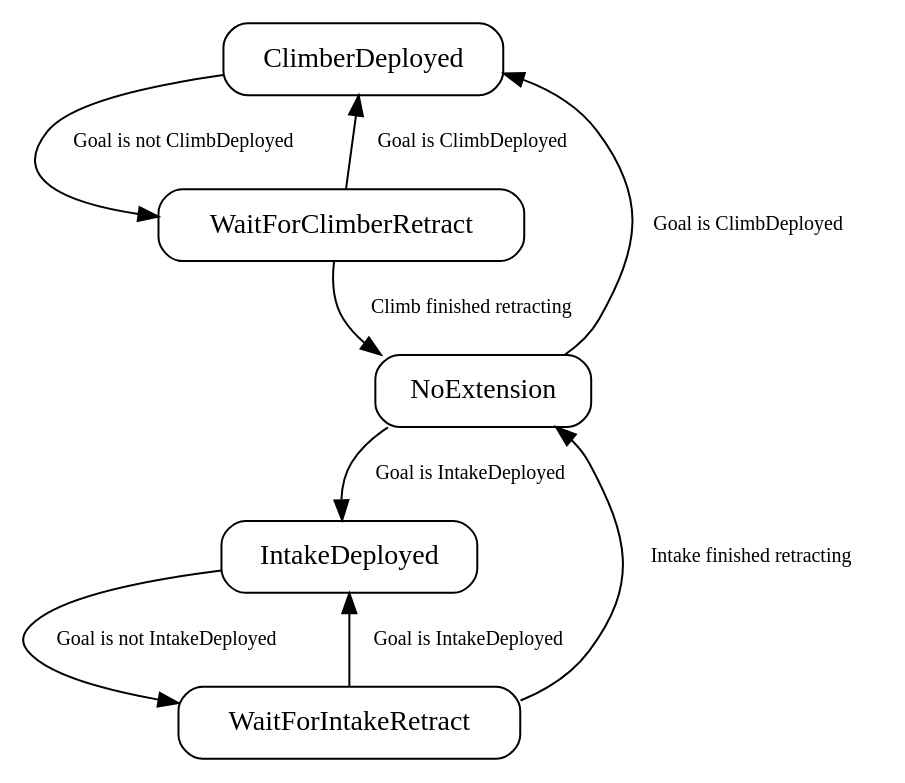
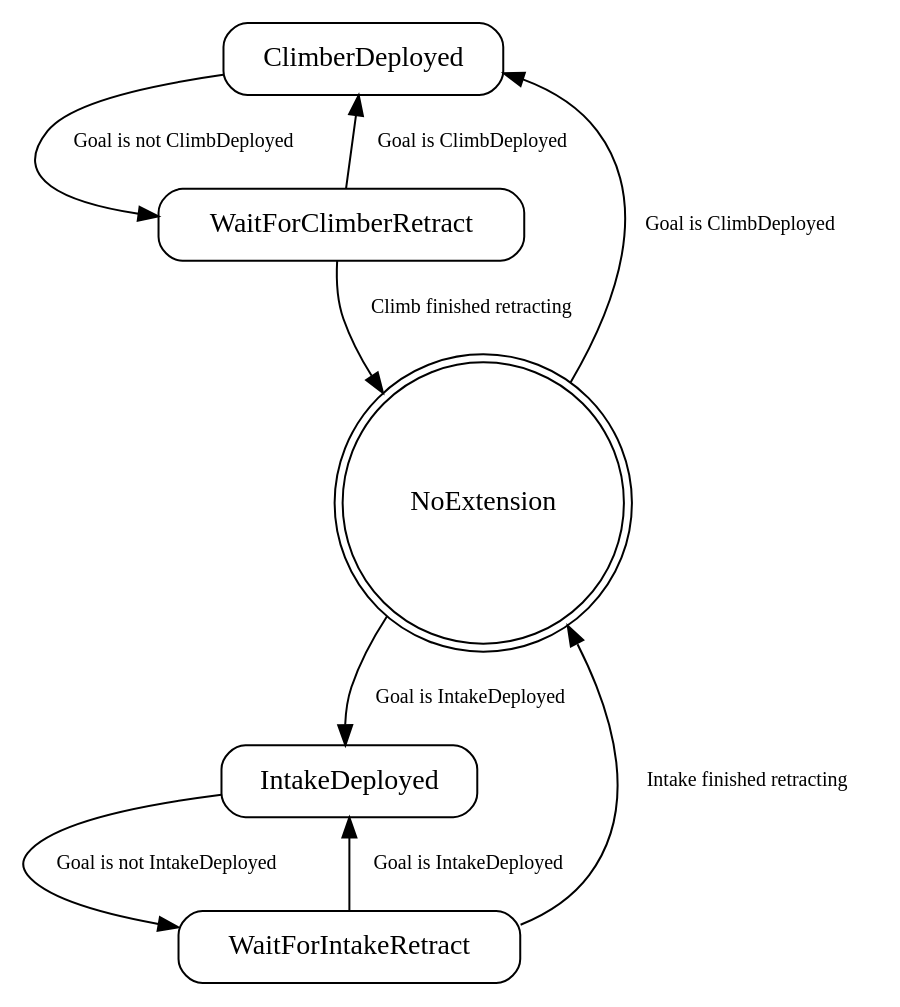
Before and after one commit to team401/2026-Robot-Code: the diagram in state_machine_graphs/coordination.dot, drawn with Graphviz. The commit also changed 6 other files, not shown here.

Commit message:
(#80) regenerate state machine graphs

```diff
--- a/state_machine_graphs/coordination.dot
+++ b/state_machine_graphs/coordination.dot
@@ -1,38 +1,38 @@
 digraph {
 
   // Graphviz Format settings
 
   node [
     shape=box,
     style=rounded
   ];
 
   edge [
     fontsize=10
   ];
 
 
   // States
 
   ClimberDeployed ;
   WaitForClimberRetract ;
-  NoExtension ;
+  NoExtension [shape=doublecircle];
   IntakeDeployed ;
   WaitForIntakeRetract ;
 
   // Transitions
 
   ClimberDeployed -> WaitForClimberRetract [label="Goal is not ClimbDeployed"];
 
   WaitForClimberRetract -> NoExtension [label="Climb finished retracting"];
   WaitForClimberRetract -> ClimberDeployed [label="Goal is ClimbDeployed"];
 
   NoExtension -> IntakeDeployed [label="Goal is IntakeDeployed"];
   NoExtension -> ClimberDeployed [label="Goal is ClimbDeployed"];
 
   IntakeDeployed -> WaitForIntakeRetract [label="Goal is not IntakeDeployed"];
 
   WaitForIntakeRetract -> NoExtension [label="Intake finished retracting"];
   WaitForIntakeRetract -> IntakeDeployed [label="Goal is IntakeDeployed"];
 
 }
```
